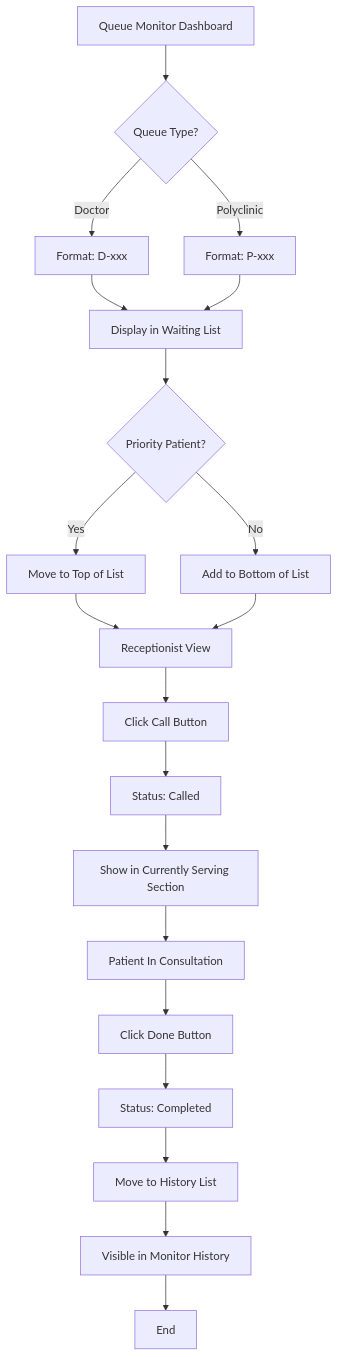
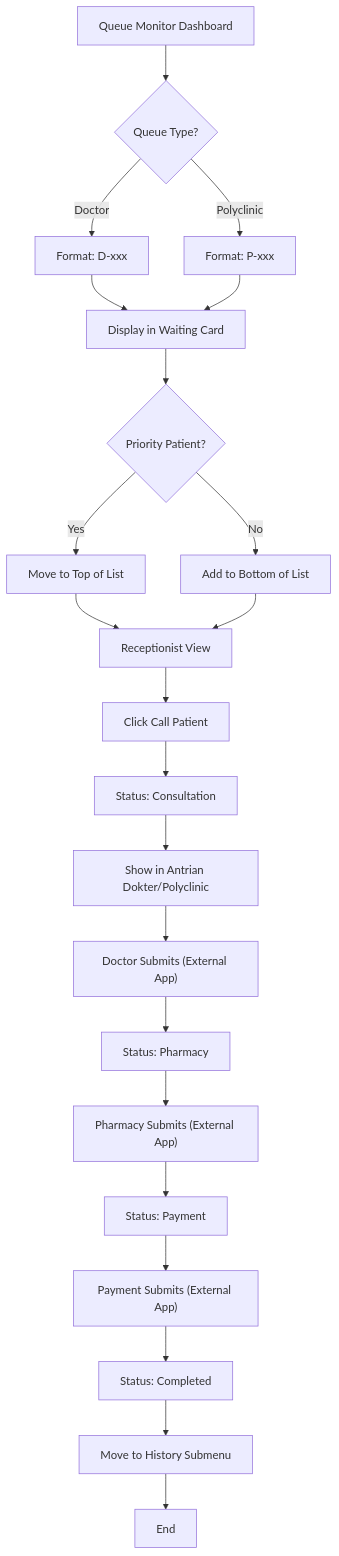
The second of 6 diagrams in app/docs/product/user-flows.md (giangawatsu016/Klinik_FrontDesk), drawn with Mermaid before and after one commit. The commit also changed 21 other files, not shown here.

Commit message:
feat: Implement Doctor or Polyclinic selection in appointments, fix dropdown loading and navigation

````diff
--- a/app/docs/product/user-flows.md
+++ b/app/docs/product/user-flows.md
@@ -39,26 +39,28 @@
 ```mermaid
 graph TD
     A[Queue Monitor Dashboard] --> B{Queue Type?}
-    B -- Doctor --> C[Format: D-xxx]
-    B -- Polyclinic --> D[Format: P-xxx]
-    
-    C --> E[Display in Waiting List]
+    B -- Doctor --> C["Format: D-xxx"]
+    B -- Polyclinic --> D["Format: P-xxx"]
+
+    C --> E[Display in Waiting Card]
     D --> E
-    
+
     E --> F{Priority Patient?}
     F -- Yes --> G[Move to Top of List]
     F -- No --> H[Add to Bottom of List]
-    
+
     G --> I[Receptionist View]
     H --> I
-    
-    I --> J[Click Call Button]
-    J --> K[Status: Called]
-    K --> L[Show in Currently Serving Section]
-    L --> M[Patient In Consultation]
-    M --> N[Click Done Button]
-    N --> O[Status: Completed]
-    O --> P[Move to History List]
-    P --> Q[Visible in Monitor History]
-    Q --> S[End]
+
+    I --> J[Click Call Patient]
+    J --> K["Status: Consultation"]
+    K --> L[Show in Antrian Dokter/Polyclinic]
+    L --> M["Doctor Submits (External App)"]
+    M --> N["Status: Pharmacy"]
+    N --> O["Pharmacy Submits (External App)"]
+    O --> P["Status: Payment"]
+    P --> Q["Payment Submits (External App)"]
+    Q --> R["Status: Completed"]
+    R --> S[Move to History Submenu]
+    S --> T[End]
 ```
````
